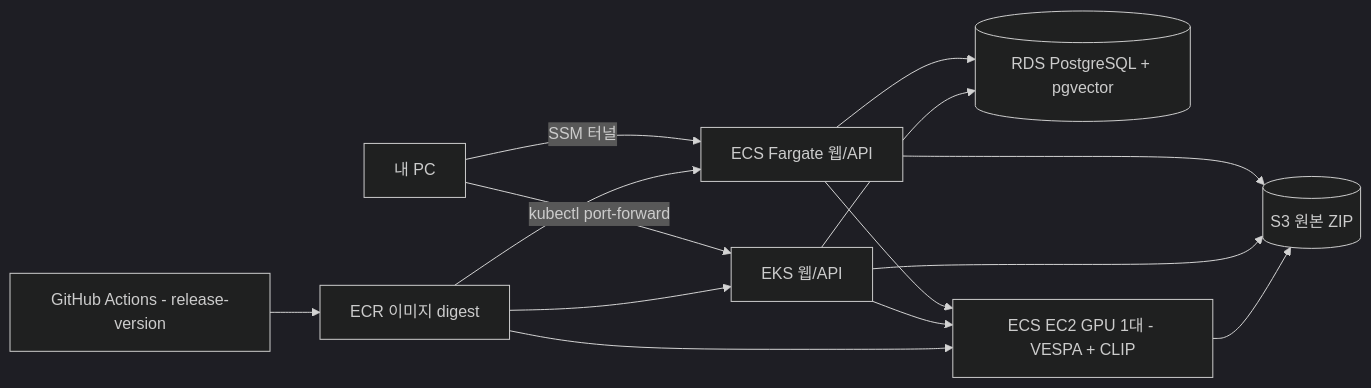
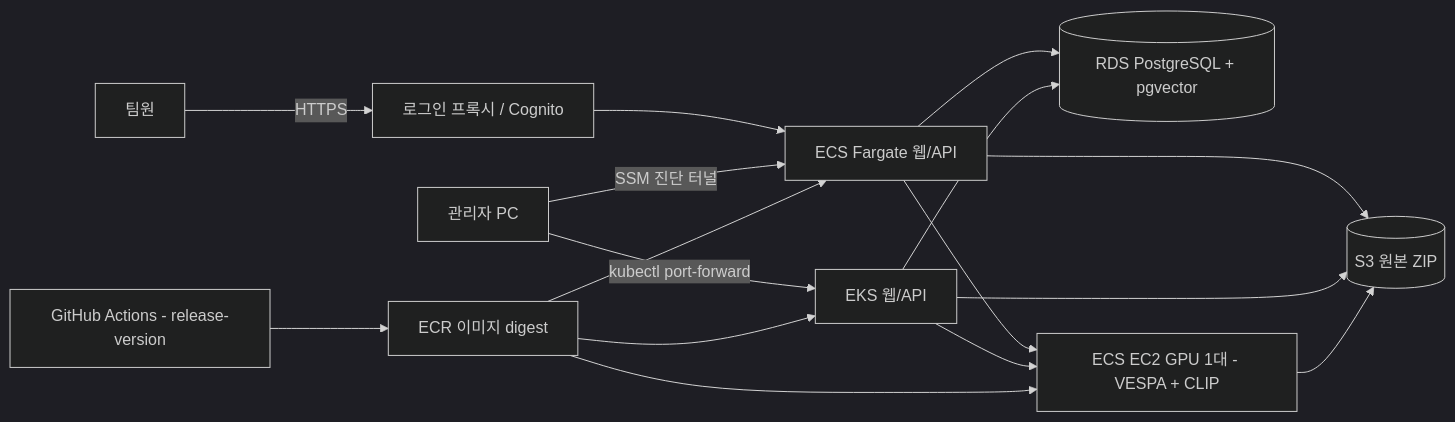
The second of 2 diagrams in README.md (DriveScene2Label-Team/DriveScene2Label), drawn with Mermaid (dark theme) before and after one commit. The commit also changed other lines of this file and 10 other files, not shown here.

Commit message:
Add team-authenticated HTTPS gateway and latest dataset selection

````diff
--- a/README.md
+++ b/README.md
@@ -330,16 +330,18 @@
 ```mermaid
 flowchart LR
- PC[내 PC] -->|SSM 터널| ECS[ECS Fargate 웹/API]
+ TEAM[팀원] -->|HTTPS| WEB[로그인 프록시 / Cognito]
+ WEB --> ECS[ECS Fargate 웹/API]
+ PC[관리자 PC] -->|SSM 진단 터널| ECS
  PC -->|kubectl port-forward| EKS[EKS 웹/API]
  ECS --> RDS[(RDS PostgreSQL + pgvector)]
  EKS --> RDS
  ECS --> S3[(S3 원본 ZIP)]
  EKS --> S3
  ECS --> GPU[ECS EC2 GPU 1대 - VESPA + CLIP]
  EKS --> GPU
  GPU --> S3
  GH[GitHub Actions - release-version] --> ECR[ECR 이미지 digest]
  ECR --> ECS
  ECR --> EKS
  ECR --> GPU
 ```
````
